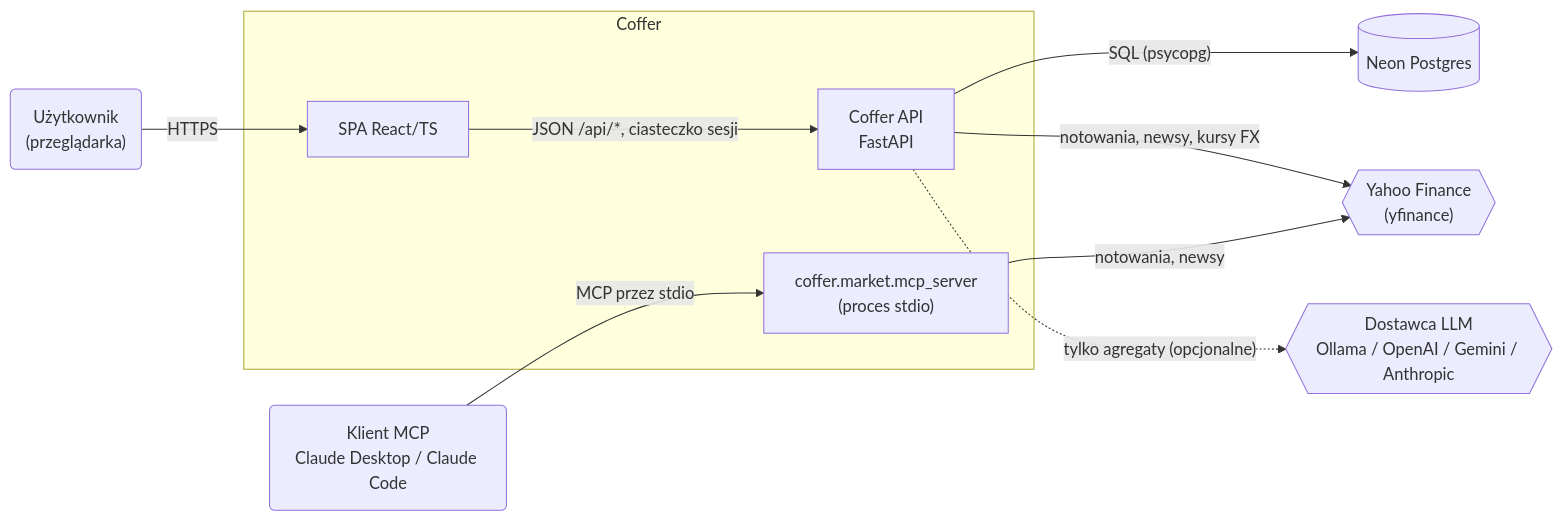
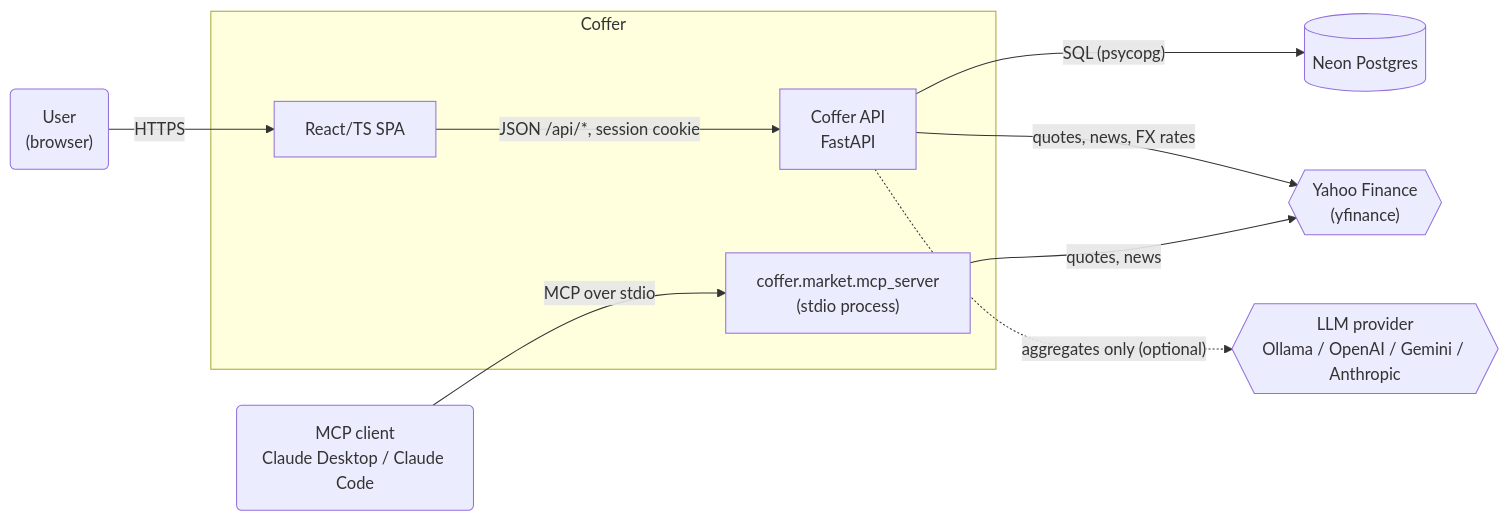
Before and after one commit to krzysztof-wojtowicz/coffer-demo: the first of 8 diagrams in docs/architecture.md, drawn with Mermaid. The commit also changed other lines of this file and 147 other files, not shown here.

First line of the commit message:
Simplify Claude Code setup, move specs to OpenSpec, translate docs to English

````diff
--- a/docs/architecture.md
+++ b/docs/architecture.md
@@ -32,23 +47,23 @@
 ```mermaid
 flowchart LR
-    user("Użytkownik<br/>(przeglądarka)")
-    mcpclient("Klient MCP<br/>Claude Desktop / Claude Code")
+    user("User<br/>(browser)")
+    mcpclient("MCP client<br/>Claude Desktop / Claude Code")
 
     subgraph coffer_sys["Coffer"]
-        web["SPA React/TS"]
+        web["React/TS SPA"]
         api["Coffer API<br/>FastAPI"]
-        mcpsrv["coffer.market.mcp_server<br/>(proces stdio)"]
+        mcpsrv["coffer.market.mcp_server<br/>(stdio process)"]
     end
 
     neon[("Neon Postgres")]
     yahoo{{"Yahoo Finance<br/>(yfinance)"}}
-    llm{{"Dostawca LLM<br/>Ollama / OpenAI / Gemini / Anthropic"}}
+    llm{{"LLM provider<br/>Ollama / OpenAI / Gemini / Anthropic"}}
 
     user -->|"HTTPS"| web
-    web -->|"JSON /api/*, ciasteczko sesji"| api
+    web -->|"JSON /api/*, session cookie"| api
     api -->|"SQL (psycopg)"| neon
-    api -->|"notowania, newsy, kursy FX"| yahoo
-    api -.->|"tylko agregaty (opcjonalne)"| llm
-    mcpclient -->|"MCP przez stdio"| mcpsrv
-    mcpsrv -->|"notowania, newsy"| yahoo
+    api -->|"quotes, news, FX rates"| yahoo
+    api -.->|"aggregates only (optional)"| llm
+    mcpclient -->|"MCP over stdio"| mcpsrv
+    mcpsrv -->|"quotes, news"| yahoo
 ```
````
